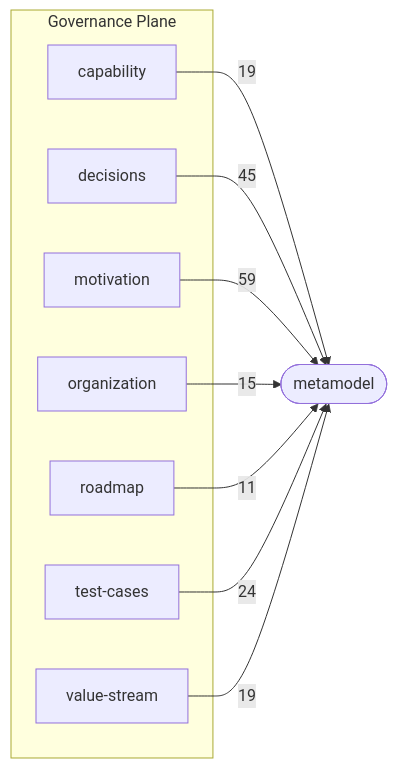
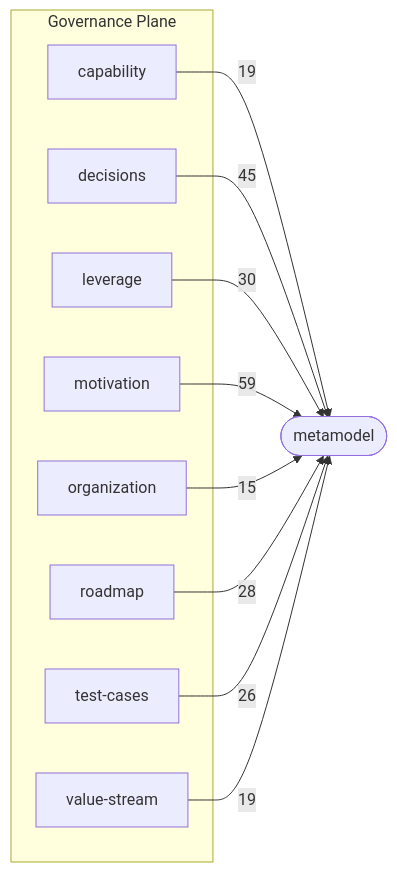
Before and after one commit to Archally/blueprint-schema: the third of 3 diagrams in docs/schema-atlas/v2.7/layer-map.md, drawn with Mermaid. The commit also changed other lines of this file and 54 other files, not shown here.

````diff
--- a/docs/schema-atlas/v2.7/layer-map.md
+++ b/docs/schema-atlas/v2.7/layer-map.md
@@ -127,20 +130,22 @@
 ```mermaid
 graph LR
     subgraph governance_plane["Governance Plane"]
         governance_capability_schema_yaml["capability"]
         governance_decisions_schema_yaml["decisions"]
+        governance_leverage_schema_yaml["leverage"]
         governance_motivation_schema_yaml["motivation"]
         governance_organization_schema_yaml["organization"]
         governance_roadmap_schema_yaml["roadmap"]
         governance_test_cases_schema_yaml["test-cases"]
         governance_value_stream_schema_yaml["value-stream"]
     end
     metamodel_schema_yaml(["metamodel"])
     governance_capability_schema_yaml -->|19| metamodel_schema_yaml
     governance_decisions_schema_yaml -->|45| metamodel_schema_yaml
+    governance_leverage_schema_yaml -->|30| metamodel_schema_yaml
     governance_motivation_schema_yaml -->|59| metamodel_schema_yaml
     governance_organization_schema_yaml -->|15| metamodel_schema_yaml
-    governance_roadmap_schema_yaml -->|11| metamodel_schema_yaml
-    governance_test_cases_schema_yaml -->|24| metamodel_schema_yaml
+    governance_roadmap_schema_yaml -->|28| metamodel_schema_yaml
+    governance_test_cases_schema_yaml -->|26| metamodel_schema_yaml
     governance_value_stream_schema_yaml -->|19| metamodel_schema_yaml
 ```
````
